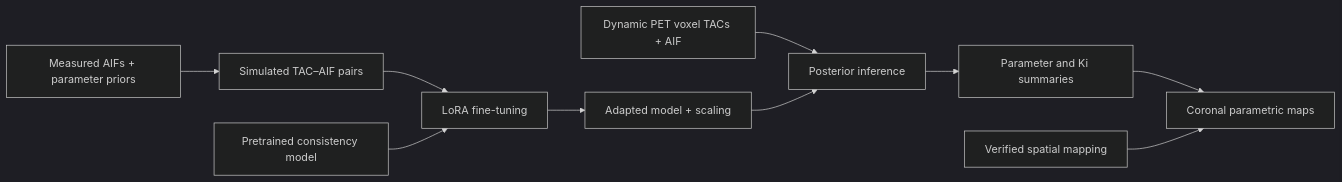
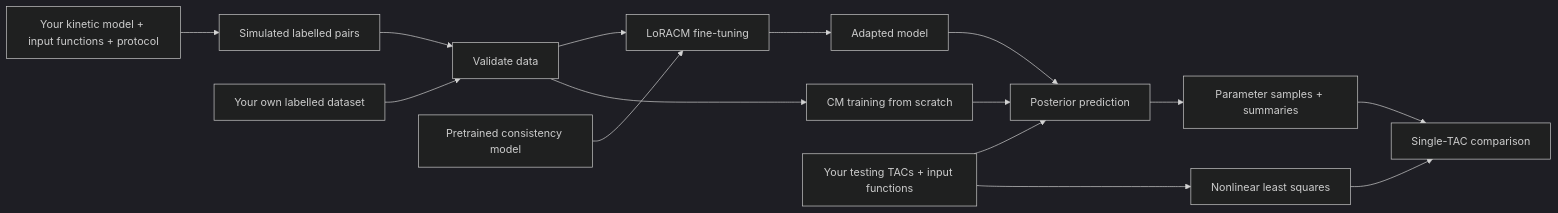
Before and after one commit to yundumbledore/PET-TRACER: the diagram in README.md, drawn with Mermaid (dark theme). The commit also changed other lines of this file and 55 other files, not shown here.

````diff
--- a/README.md
+++ b/README.md
@@ -26,12 +34,17 @@
 ```mermaid
 flowchart LR
-    A[Measured AIFs + parameter priors] --> B[Simulated TAC–AIF pairs]
-    B --> C[LoRA fine-tuning]
-    P[Pretrained consistency model] --> C
-    C --> D[Adapted model + scaling]
-    R[Dynamic PET voxel TACs + AIF] --> E[Posterior inference]
-    D --> E
-    E --> F[Parameter and Ki summaries]
-    F --> G[Coronal parametric maps]
-    M[Verified spatial mapping] --> G
+    A[Your kinetic model + input functions + protocol] --> B[Simulated labelled pairs]
+    C[Your own labelled dataset] --> D[Validate data]
+    B --> D
+    D --> E[LoRACM fine-tuning]
+    D --> M[CM training from scratch]
+    F[Pretrained consistency model] --> E
+    E --> G[Adapted model]
+    H[Your testing TACs + input functions] --> I[Posterior prediction]
+    G --> I
+    M --> I
+    I --> J[Parameter samples + summaries]
+    H --> K[Nonlinear least squares]
+    J --> L[Single-TAC comparison]
+    K --> L
 ```
````
